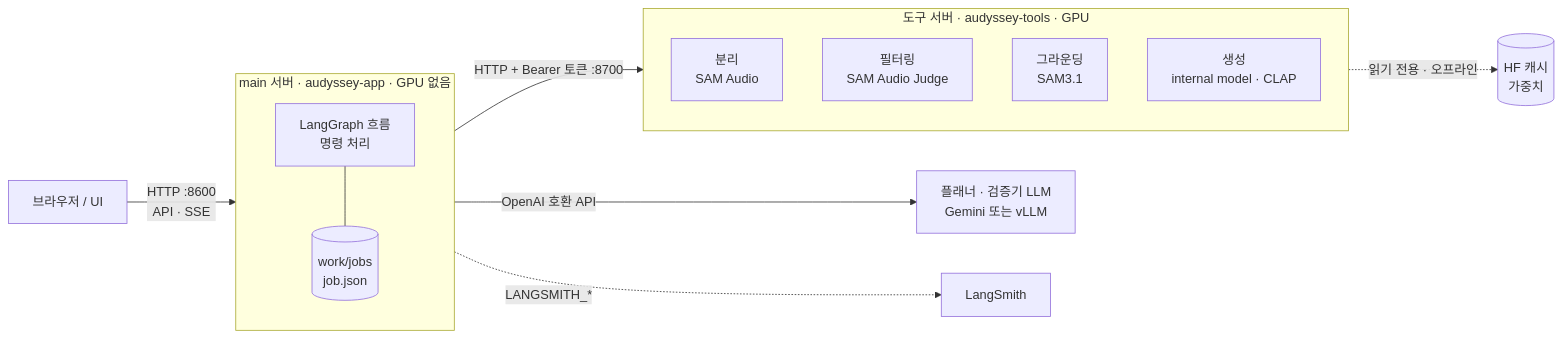
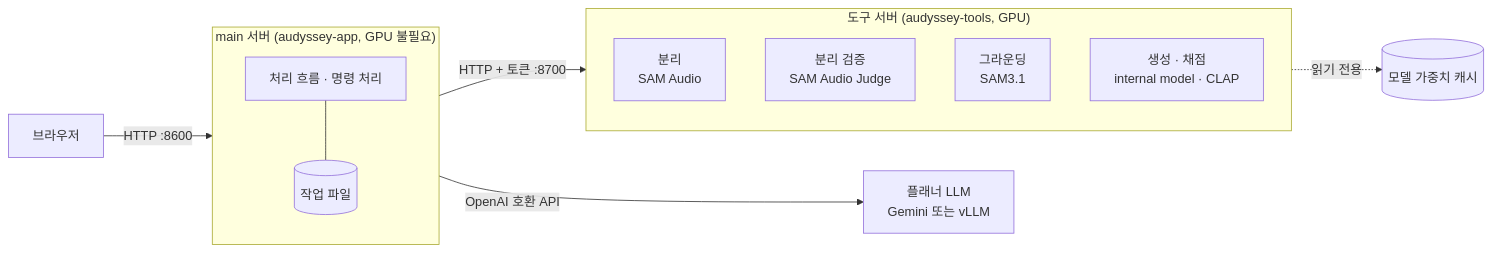
The second of 2 diagrams in README.md (capstone-audissey-fall-2026/audissey), drawn with Mermaid before and after one commit. The commit also changed other lines of this file, not shown here.

Commit message:
docs(readme): redraw the flow for sound and silent videos and tighten wording

````diff
--- a/README.md
+++ b/README.md
@@ -47,17 +59,16 @@
 ```mermaid
 flowchart LR
-  UI["브라우저 / UI"] -- "HTTP :8600<br/>API · SSE" --> MAIN
-  subgraph MAIN["main 서버 · audyssey-app · GPU 없음"]
-    GRAPH["LangGraph 흐름<br/>명령 처리"] --- STORE[("work/jobs<br/>job.json")]
+  UI["브라우저"] -- "HTTP :8600" --> MAIN
+  subgraph MAIN["main 서버 (audyssey-app, GPU 불필요)"]
+    GRAPH["처리 흐름 · 명령 처리"] --- STORE[("작업 파일")]
   end
-  MAIN -- "OpenAI 호환 API" --> LLM["플래너 · 검증기 LLM<br/>Gemini 또는 vLLM"]
-  MAIN -- "HTTP + Bearer 토큰 :8700" --> TOOLS
-  subgraph TOOLS["도구 서버 · audyssey-tools · GPU"]
+  MAIN -- "OpenAI 호환 API" --> LLM["플래너 LLM<br/>Gemini 또는 vLLM"]
+  MAIN -- "HTTP + 토큰 :8700" --> TOOLS
+  subgraph TOOLS["도구 서버 (audyssey-tools, GPU)"]
     T1["분리<br/>SAM Audio"]
-    T2["필터링<br/>SAM Audio Judge"]
+    T2["분리 검증<br/>SAM Audio Judge"]
     T3["그라운딩<br/>SAM3.1"]
-    T4["생성<br/>internal model · CLAP"]
+    T4["생성 · 채점<br/>internal model · CLAP"]
   end
-  TOOLS -. "읽기 전용 · 오프라인" .-> HF[("HF 캐시<br/>가중치")]
-  MAIN -. "LANGSMITH_*" .-> LS["LangSmith"]
+  TOOLS -. "읽기 전용" .-> HF[("모델 가중치 캐시")]
 ```
````
